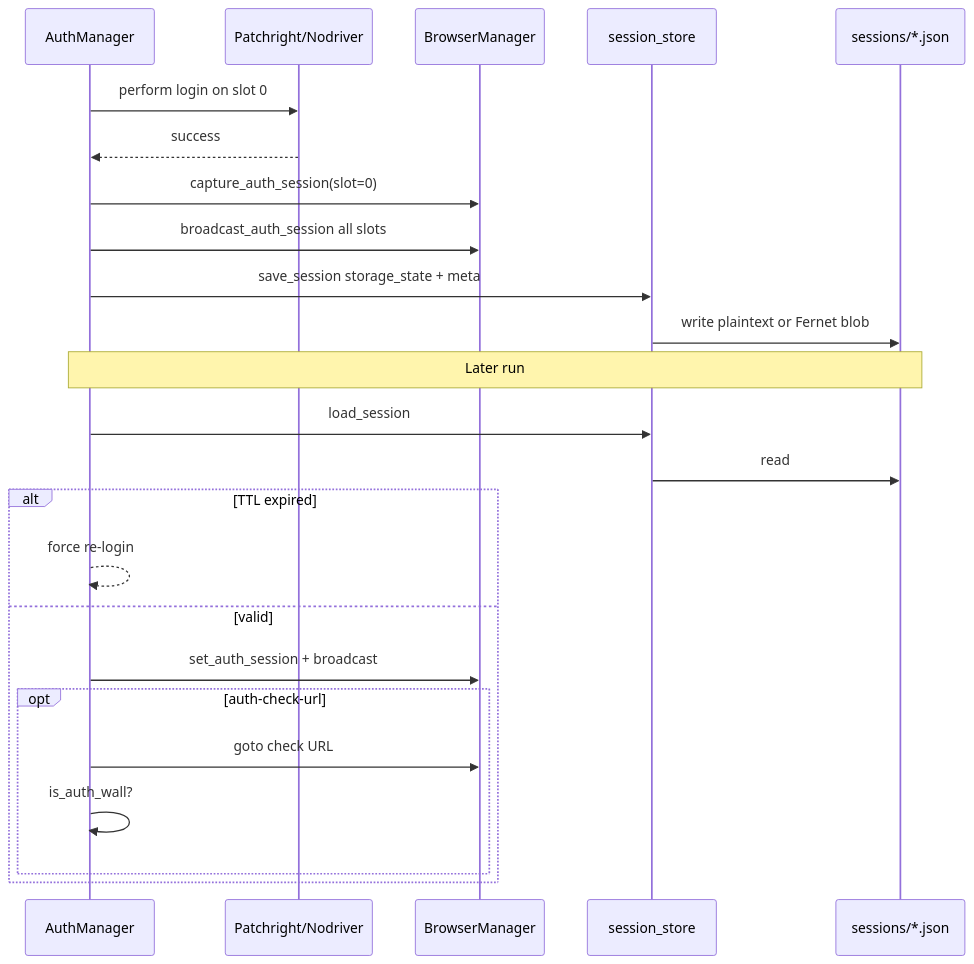
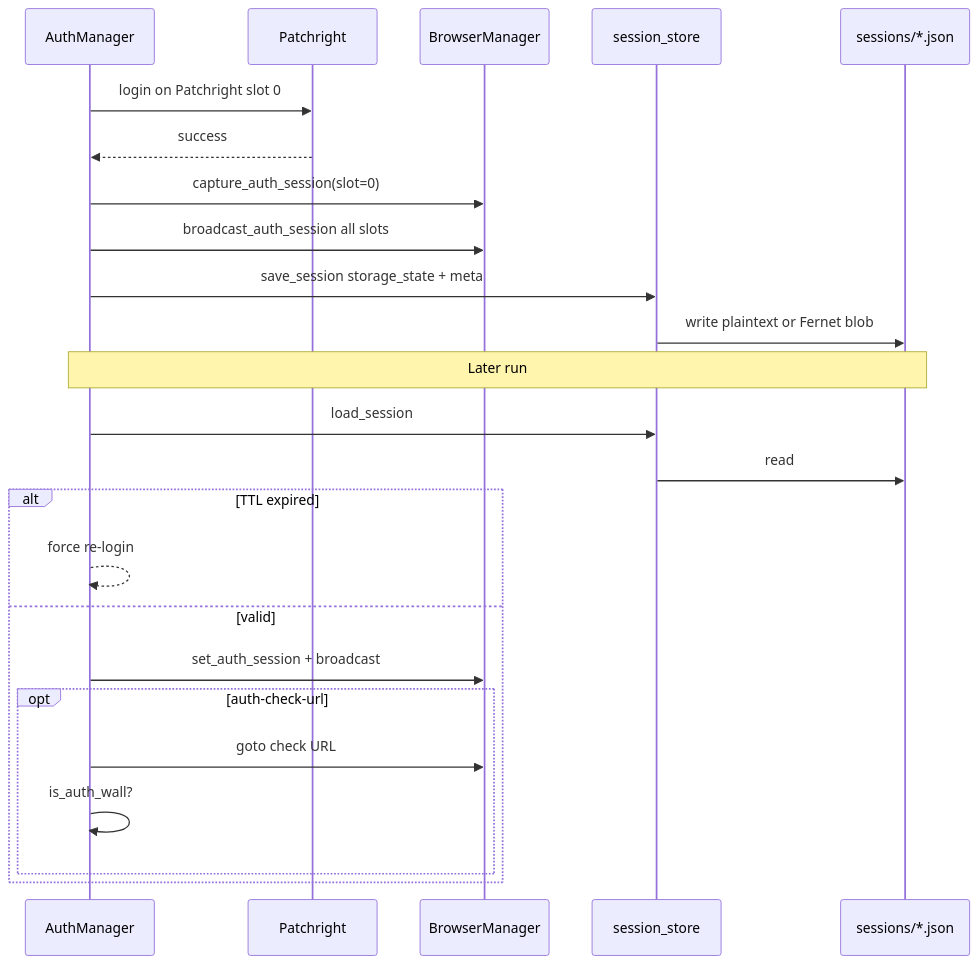
One commit to Shellghostt/WebVac changed the third of 5 diagrams in docs/architecture/AUTH.md. Above: the diagram before and after it, drawn with Mermaid. The commit also changed other lines of this file and 203 other files, not shown here.

````diff
--- a/docs/architecture/AUTH.md
+++ b/docs/architecture/AUTH.md
@@ -129,28 +125,28 @@
 ```mermaid
 sequenceDiagram
   participant AM as AuthManager
-  participant Eng as Patchright/Nodriver
+  participant Eng as Patchright
   participant BM as BrowserManager
   participant SS as session_store
   participant Disk as sessions/*.json
 
-  AM->>Eng: perform login on slot 0
+  AM->>Eng: login on Patchright slot 0
   Eng-->>AM: success
   AM->>BM: capture_auth_session(slot=0)
   AM->>BM: broadcast_auth_session all slots
   AM->>SS: save_session storage_state + meta
   SS->>Disk: write plaintext or Fernet blob
 
   Note over AM,Disk: Later run
   AM->>SS: load_session
   SS->>Disk: read
   alt TTL expired
     AM-->>AM: force re-login
   else valid
     AM->>BM: set_auth_session + broadcast
     opt auth-check-url
       AM->>BM: goto check URL
       AM->>AM: is_auth_wall?
     end
   end
 ```
````
